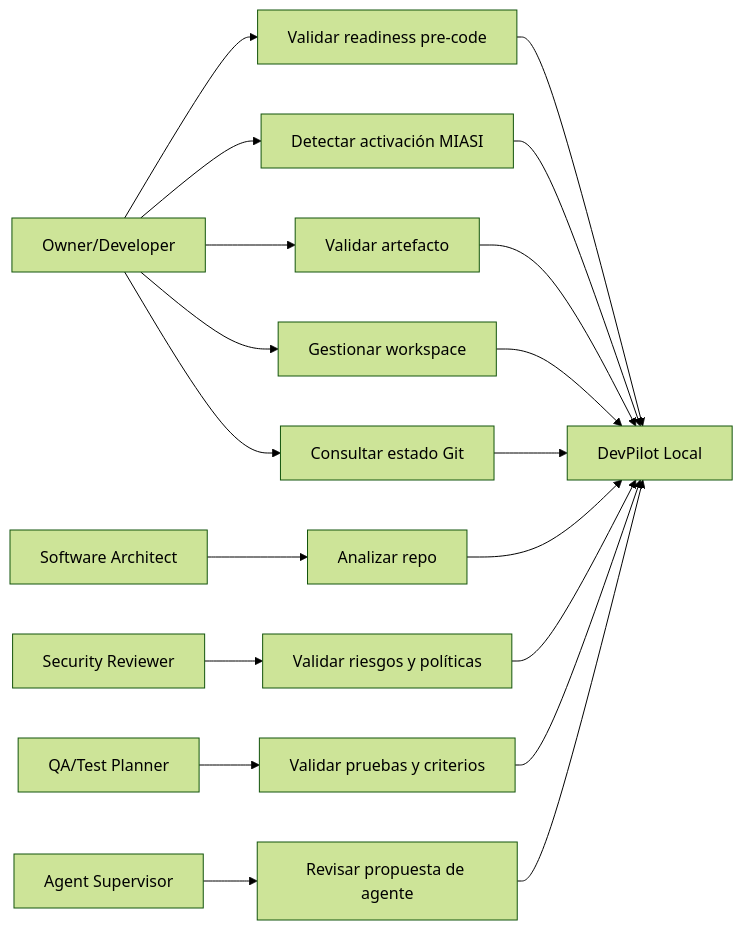
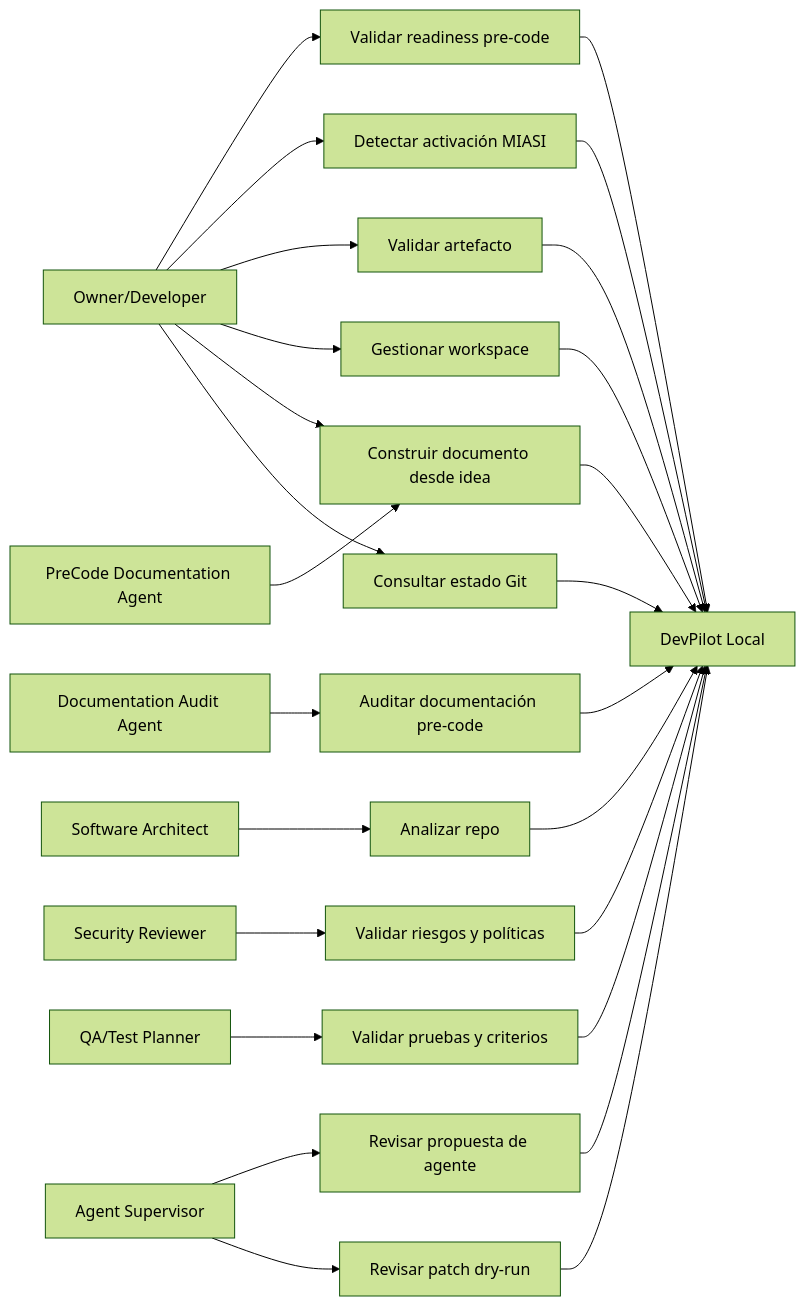
The diagram in docs/01_requirements/use_cases.md (Pedro-Danilo/DevPilot), drawn with Mermaid (forest theme) before and after one commit. The commit also changed other lines of this file and 244 other files, not shown here.

Commit message:
docs: approve product and requirements. Refine architecture baseline for hybrid agents persistence and security

````diff
--- a/docs/01_requirements/use_cases.md
+++ b/docs/01_requirements/use_cases.md
@@ -22,29 +23,38 @@
 ```mermaid
 flowchart LR
     DEV[Owner/Developer]
     SEC[Security Reviewer]
     QA[QA/Test Planner]
     ARCH[Software Architect]
     SUP[Agent Supervisor]
+    DOCAG[PreCode Documentation Agent]
+    AUDAG[Documentation Audit Agent]
     DP[DevPilot Local]
 
     DEV --> UC1[Validar readiness pre-code]
     DEV --> UC2[Detectar activación MIASI]
     DEV --> UC3[Validar artefacto]
     DEV --> UC4[Gestionar workspace]
-    DEV --> UC5[Consultar estado Git]
-    ARCH --> UC6[Analizar repo]
-    SEC --> UC7[Validar riesgos y políticas]
-    QA --> UC8[Validar pruebas y criterios]
-    SUP --> UC9[Revisar propuesta de agente]
+    DEV --> UC5[Construir documento desde idea]
+    AUDAG --> UC6[Auditar documentación pre-code]
+    DOCAG --> UC5
+    ARCH --> UC7[Analizar repo]
+    SEC --> UC8[Validar riesgos y políticas]
+    QA --> UC9[Validar pruebas y criterios]
+    SUP --> UC10[Revisar propuesta de agente]
+    DEV --> UC11[Consultar estado Git]
+    SUP --> UC12[Revisar patch dry-run]
 
     UC1 --> DP
     UC2 --> DP
     UC3 --> DP
     UC4 --> DP
     UC5 --> DP
     UC6 --> DP
     UC7 --> DP
     UC8 --> DP
     UC9 --> DP
+    UC10 --> DP
+    UC11 --> DP
+    UC12 --> DP
 ```
````
